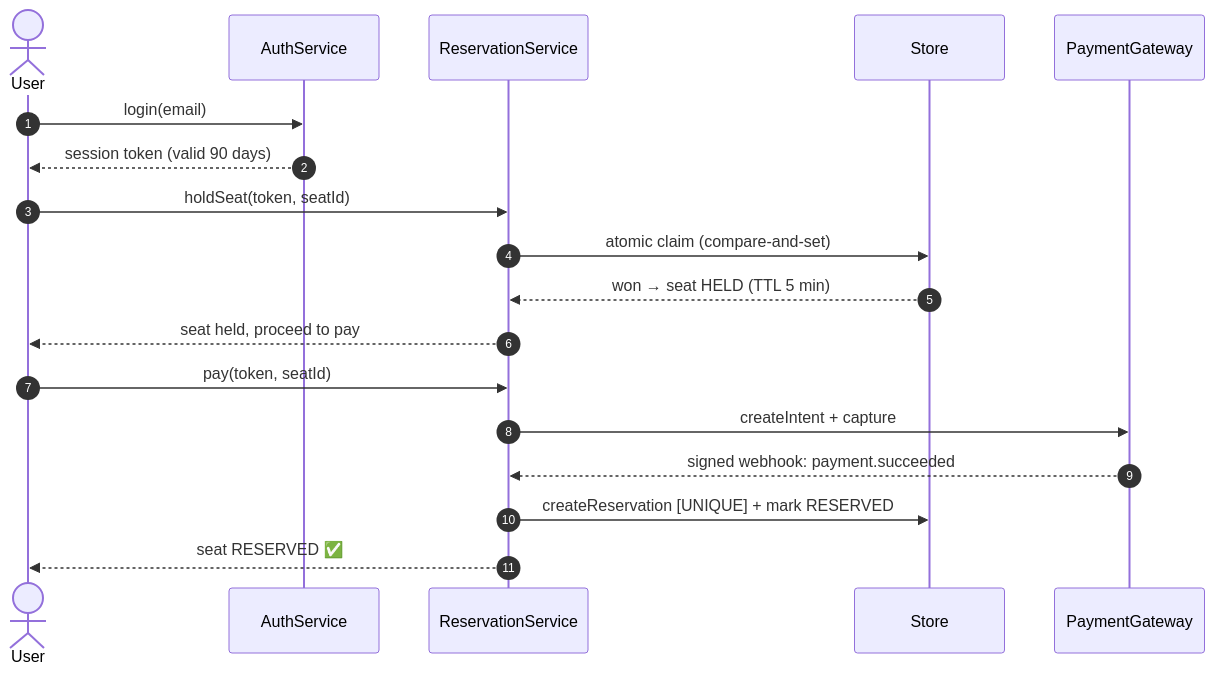
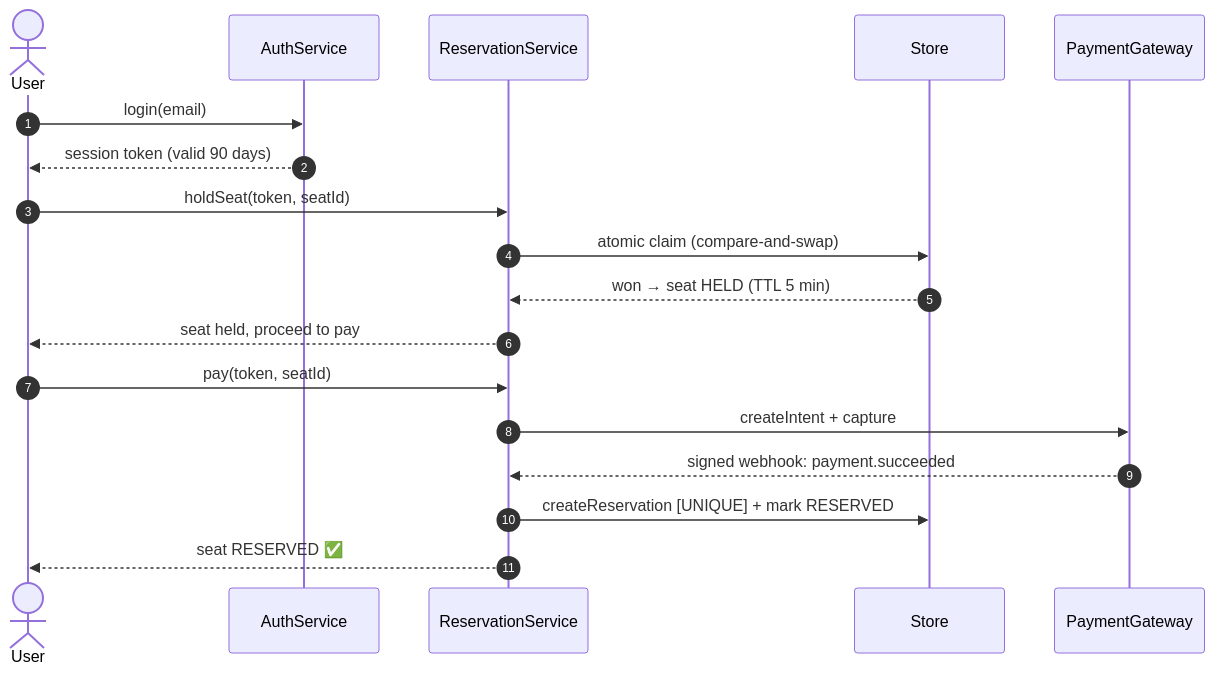
Before and after one commit to anhtuank7c/seat-reservation: the first of 9 diagrams in docs/Sequence-Diagrams.md, drawn with Mermaid. The commit also changed other lines of this file and 9 other files, not shown here.

````diff
--- a/docs/Sequence-Diagrams.md
+++ b/docs/Sequence-Diagrams.md
@@ -18,23 +18,23 @@
 ```mermaid
 sequenceDiagram
     autonumber
     actor U as User
     participant A as AuthService
     participant R as ReservationService
     participant DB as Store
     participant PG as PaymentGateway
 
     U->>A: login(email)
     A-->>U: session token (valid 90 days)
 
     U->>R: holdSeat(token, seatId)
-    R->>DB: atomic claim (compare-and-set)
+    R->>DB: atomic claim (compare-and-swap)
     DB-->>R: won → seat HELD (TTL 5 min)
     R-->>U: seat held, proceed to pay
 
     U->>R: pay(token, seatId)
     R->>PG: createIntent + capture
     PG-->>R: signed webhook: payment.succeeded
     R->>DB: createReservation [UNIQUE] + mark RESERVED
     R-->>U: seat RESERVED ✅
 ```
````
